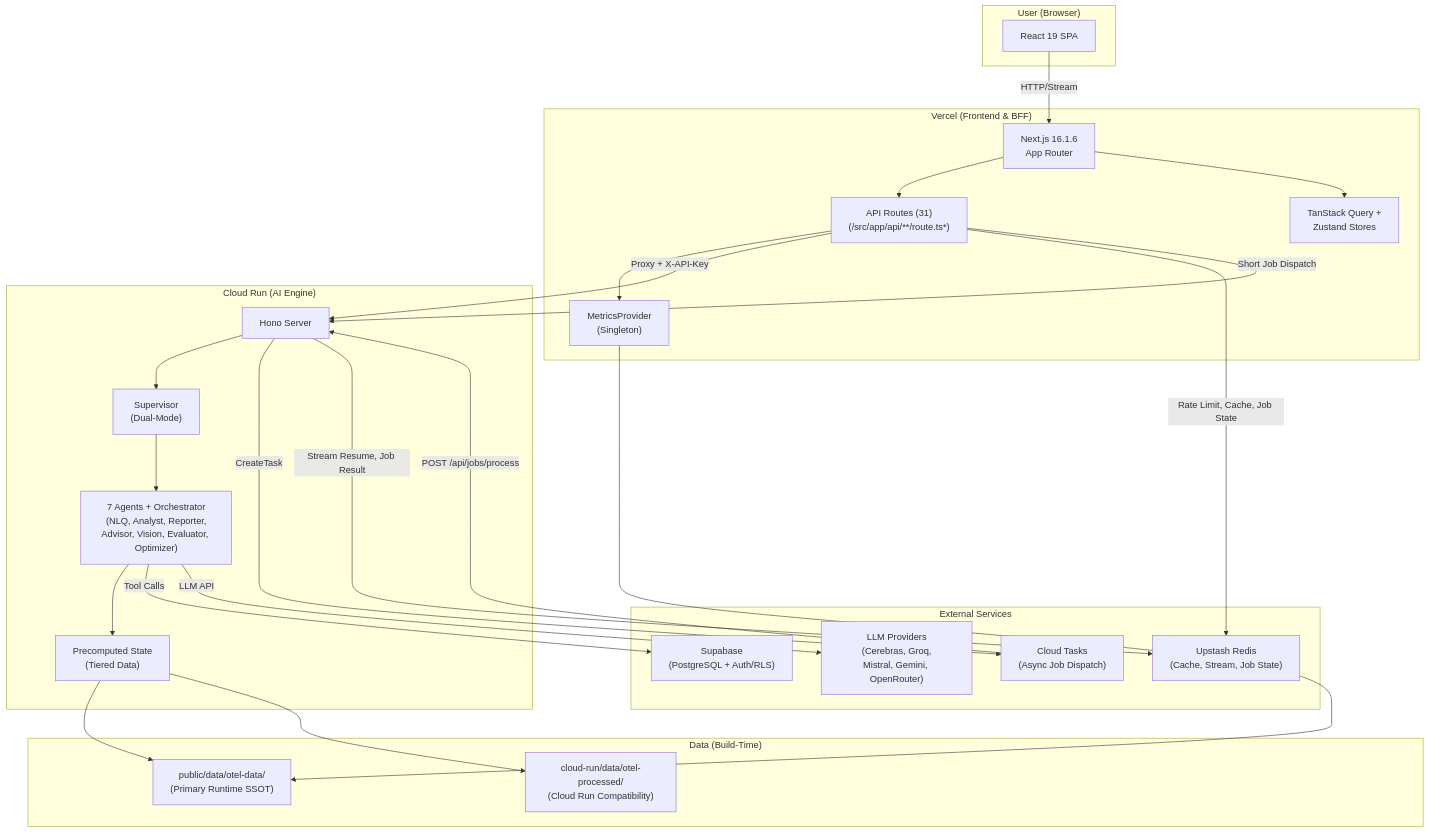
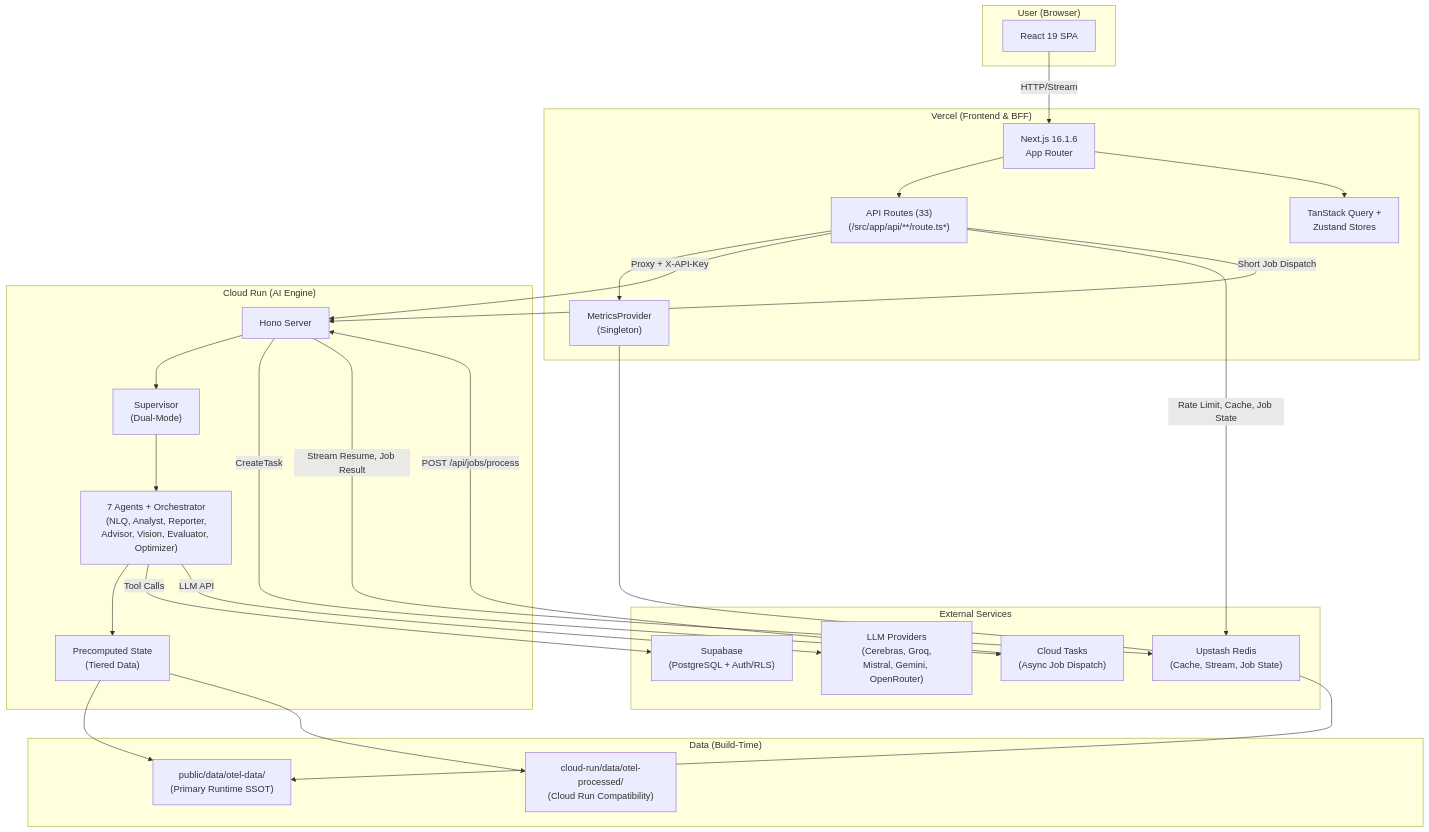
The diagram in docs/reference/architecture/system/system-architecture-current.md (skyasu2/openmanager-ai), drawn with Mermaid before and after one commit. The commit also changed other lines of this file and 55 other files, not shown here.

Commit message:
docs: reorganize architecture and operations references

````diff
--- a/docs/reference/architecture/system/system-architecture-current.md
+++ b/docs/reference/architecture/system/system-architecture-current.md
@@ -33,51 +33,51 @@
 ```mermaid
 graph TB
     subgraph User["User (Browser)"]
         UI[React 19 SPA]
     end
 
     subgraph Vercel["Vercel (Frontend & BFF)"]
         NextJS["Next.js 16.1.6<br/>App Router"]
-        API["API Routes (31)<br/>(/src/app/api/**/route.ts*)"]
+        API["API Routes (33)<br/>(/src/app/api/**/route.ts*)"]
         MP["MetricsProvider<br/>(Singleton)"]
         Providers["TanStack Query +<br/>Zustand Stores"]
     end
 
     subgraph CloudRun["Cloud Run (AI Engine)"]
         Hono["Hono Server"]
         Supervisor["Supervisor<br/>(Dual-Mode)"]
         Agents["7 Agents + Orchestrator<br/>(NLQ, Analyst, Reporter,<br/>Advisor, Vision, Evaluator, Optimizer)"]
         PreComp["Precomputed State<br/>(Tiered Data)"]
     end
 
     subgraph External["External Services"]
         Supabase["Supabase<br/>(PostgreSQL + Auth/RLS)"]
         Redis["Upstash Redis<br/>(Cache, Stream, Job State)"]
         CloudTasks["Cloud Tasks<br/>(Async Job Dispatch)"]
         LLM["LLM Providers<br/>(Cerebras, Groq,<br/>Mistral, Gemini, OpenRouter)"]
     end
 
     subgraph Data["Data (Build-Time)"]
         OTel["public/data/otel-data/<br/>(Primary Runtime SSOT)"]
         Compat["cloud-run/data/otel-processed/<br/>(Cloud Run Compatibility)"]
     end
 
     UI -->|HTTP/Stream| NextJS
     NextJS --> API
     API --> MP
     MP --> OTel
     API -->|Proxy + X-API-Key| Hono
     Hono --> Supervisor
     Supervisor --> Agents
     Agents --> PreComp
     PreComp --> OTel
     PreComp --> Compat
     Agents -->|Tool Calls| Supabase
     Agents -->|LLM API| LLM
     API -->|Rate Limit, Cache, Job State| Redis
     API -->|Short Job Dispatch| Hono
     Hono -->|CreateTask| CloudTasks
     CloudTasks -->|POST /api/jobs/process| Hono
     Hono -->|Stream Resume, Job Result| Redis
     NextJS --> Providers
 ```
````
